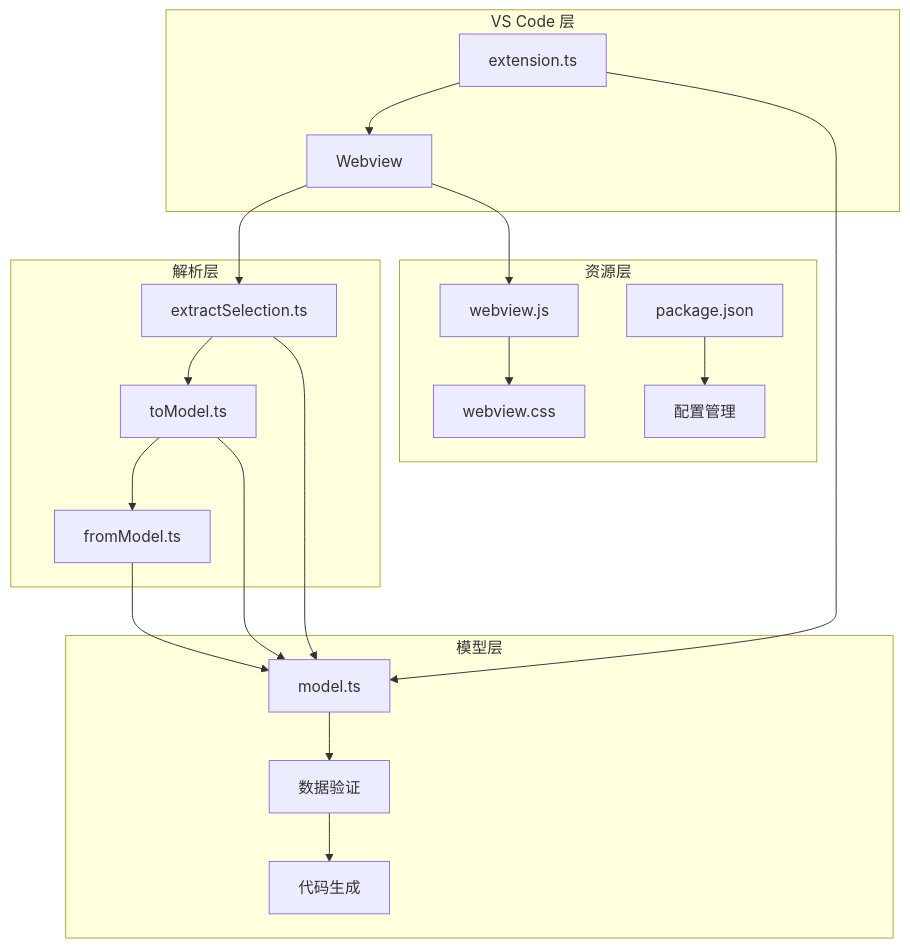
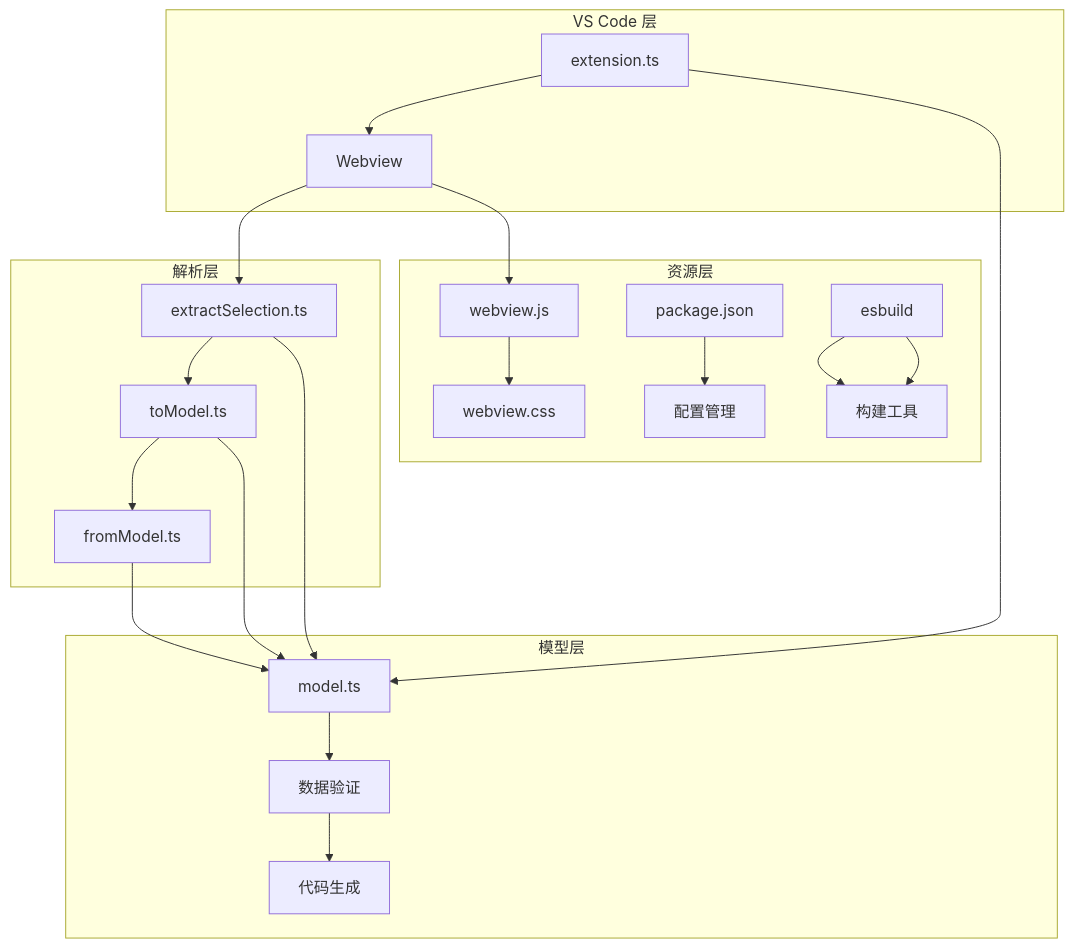
The second of 11 diagrams in .qoder/repowiki/zh/content/开发者指南/开发者指南.md (meiok1/wysjson), drawn with Mermaid before and after one commit. The commit also changed other lines of this file and 9 other files, not shown here.

````diff
--- a/.qoder/repowiki/zh/content/开发者指南/开发者指南.md
+++ b/.qoder/repowiki/zh/content/开发者指南/开发者指南.md
@@ -115,24 +133,26 @@
 ```mermaid
 graph TB
 subgraph "VS Code 层"
 A[extension.ts] --> B[Webview]
 end
 subgraph "解析层"
 B --> C[extractSelection.ts]
 C --> D[toModel.ts]
 D --> E[fromModel.ts]
 end
 subgraph "模型层"
 F[model.ts] --> G[数据验证]
 G --> H[代码生成]
 end
 subgraph "资源层"
 I[webview.js] --> J[webview.css]
 K[package.json] --> L[配置管理]
+M[esbuild] --> N[构建工具]
 end
 A --> F
 B --> I
 C --> F
 D --> F
 E --> F
+M --> N
 ```
````
